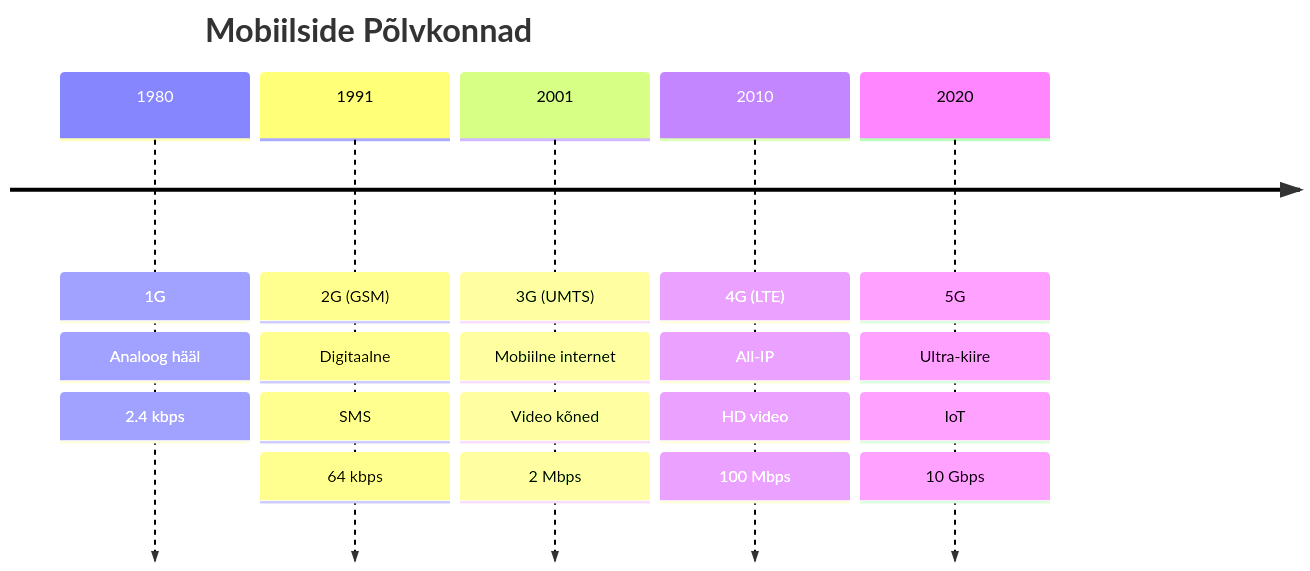
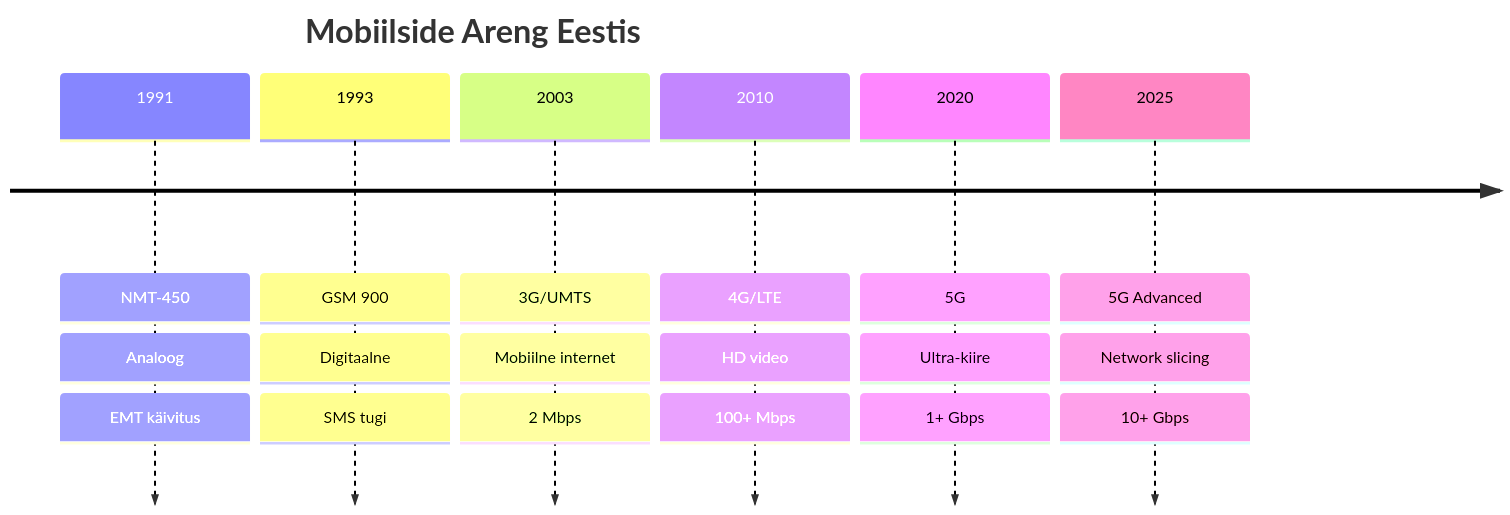
Before and after one commit to mtalvik/av_alused: the tenth of 13 diagrams in Lecture/loeng2.md, drawn with Mermaid. The commit also changed other lines of this file, not shown here.

````diff
--- a/Lecture/loeng2.md
+++ b/Lecture/loeng2.md
@@ -502,28 +288,28 @@
 ```mermaid
 timeline
-    title Mobiilside Põlvkonnad
+    title Mobiilside Areng Eestis
     
-    1980 : 1G
-         : Analoog hääl
-         : 2.4 kbps
+    1991 : NMT-450
+         : Analoog
+         : EMT käivitus
          
-    1991 : 2G (GSM)
+    1993 : GSM 900
          : Digitaalne
-         : SMS
-         : 64 kbps
+         : SMS tugi
          
-    2001 : 3G (UMTS)
+    2003 : 3G/UMTS
          : Mobiilne internet
-         : Video kõned
          : 2 Mbps
          
-    2010 : 4G (LTE)
-         : All-IP
+    2010 : 4G/LTE
          : HD video
-         : 100 Mbps
+         : 100+ Mbps
          
     2020 : 5G
          : Ultra-kiire
-         : IoT
-         : 10 Gbps
+         : 1+ Gbps
+         
+    2025 : 5G Advanced
+         : Network slicing
+         : 10+ Gbps
 ```
````
